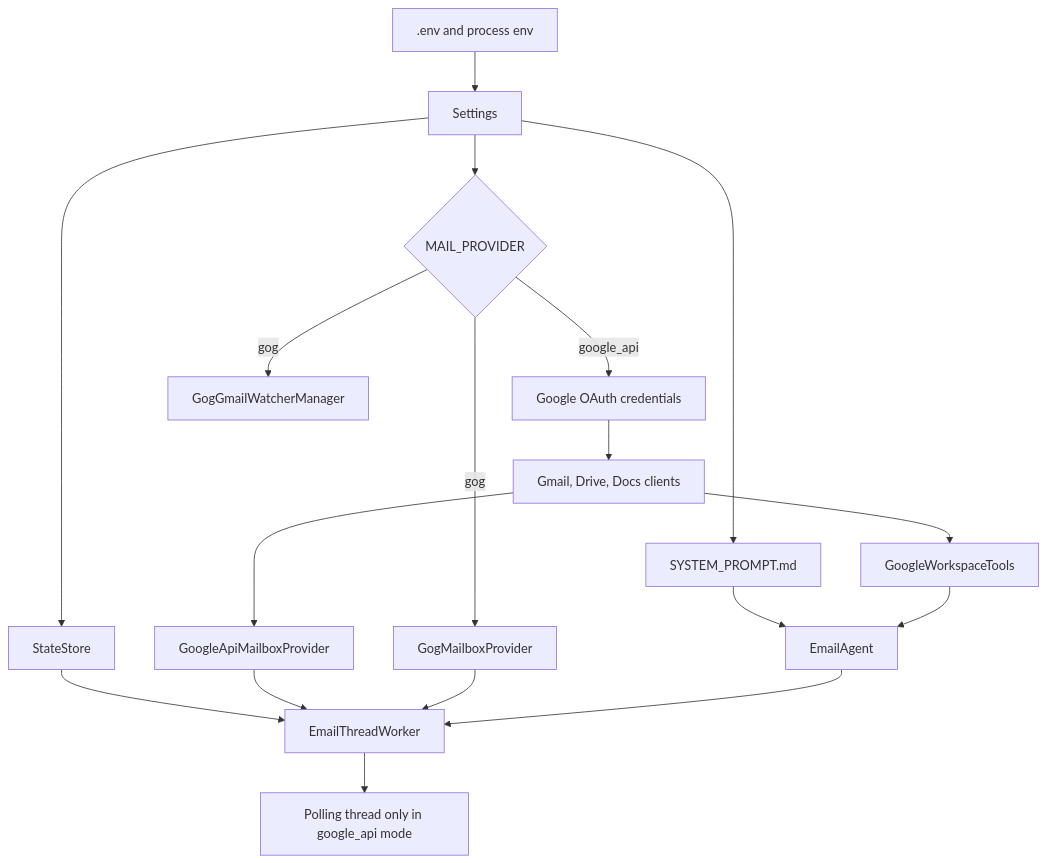
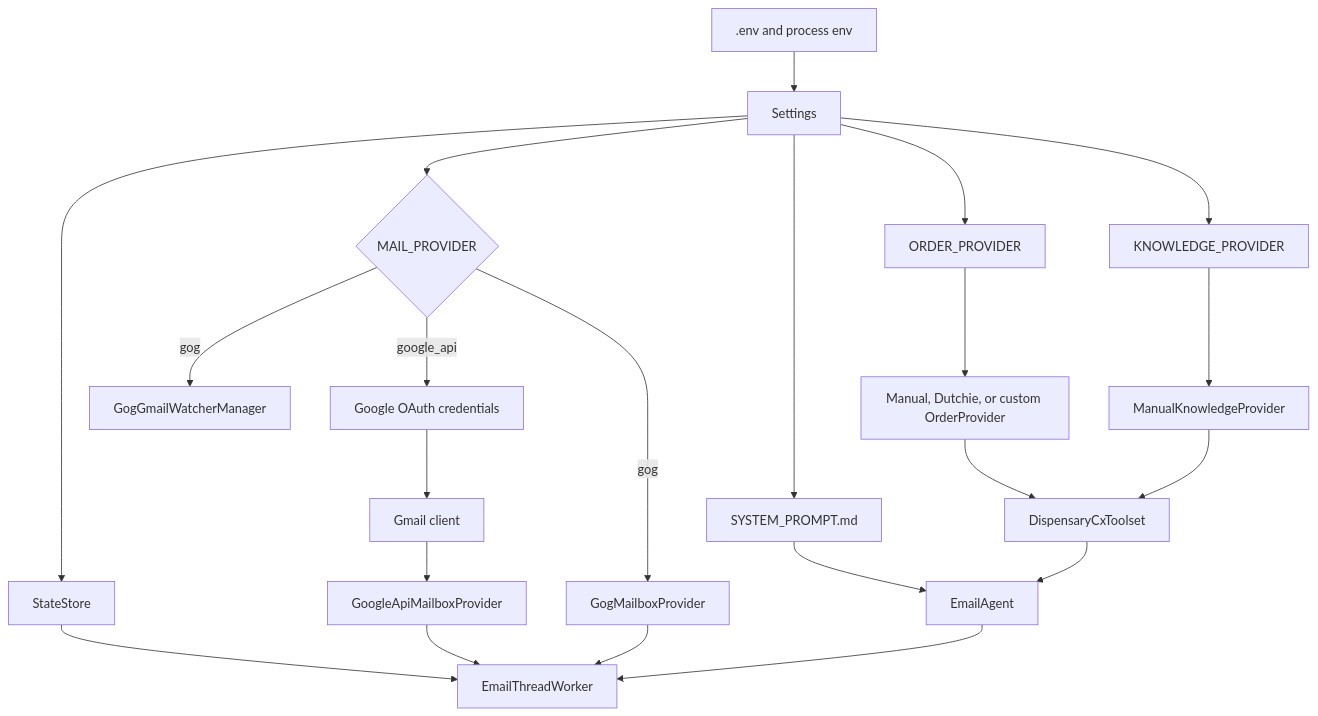
The second of 2 diagrams in docs/architecture.md (LunarMothStudios/Canna-Mailroom), drawn with Mermaid before and after one commit. The commit also changed other lines of this file and 36 other files, not shown here.

````diff
--- a/docs/architecture.md
+++ b/docs/architecture.md
@@ -43,23 +36,28 @@
 ```mermaid
 flowchart TD
     Env[".env and process env"] --> Settings["Settings"]
-    Settings --> Provider{"MAIL_PROVIDER"}
+    Settings --> MailProvider{"MAIL_PROVIDER"}
+    Settings --> OrderProvider["ORDER_PROVIDER"]
+    Settings --> KnowledgeProvider["KNOWLEDGE_PROVIDER"]
 
-    Provider -- google_api --> Creds["Google OAuth credentials"]
-    Creds --> Clients["Gmail, Drive, Docs clients"]
-    Clients --> MailboxA["GoogleApiMailboxProvider"]
-    Clients --> Tools["GoogleWorkspaceTools"]
+    MailProvider -- google_api --> Creds["Google OAuth credentials"]
+    Creds --> Gmail["Gmail client"]
+    Gmail --> MailboxA["GoogleApiMailboxProvider"]
 
-    Provider -- gog --> Watcher["GogGmailWatcherManager"]
-    Provider -- gog --> MailboxB["GogMailboxProvider"]
+    MailProvider -- gog --> Watcher["GogGmailWatcherManager"]
+    MailProvider -- gog --> MailboxB["GogMailboxProvider"]
+
+    OrderProvider --> OrderImpl["Manual, Dutchie, or custom OrderProvider"]
+    KnowledgeProvider --> KnowledgeImpl["ManualKnowledgeProvider"]
+    OrderImpl --> Toolset["DispensaryCxToolset"]
+    KnowledgeImpl --> Toolset
 
     Settings --> State["StateStore"]
     Settings --> Prompt["SYSTEM_PROMPT.md"]
     Prompt --> Agent["EmailAgent"]
-    Tools --> Agent
+    Toolset --> Agent
     State --> Worker["EmailThreadWorker"]
     MailboxA --> Worker
     MailboxB --> Worker
     Agent --> Worker
-    Worker --> Thread["Polling thread only in google_api mode"]
 ```
````
